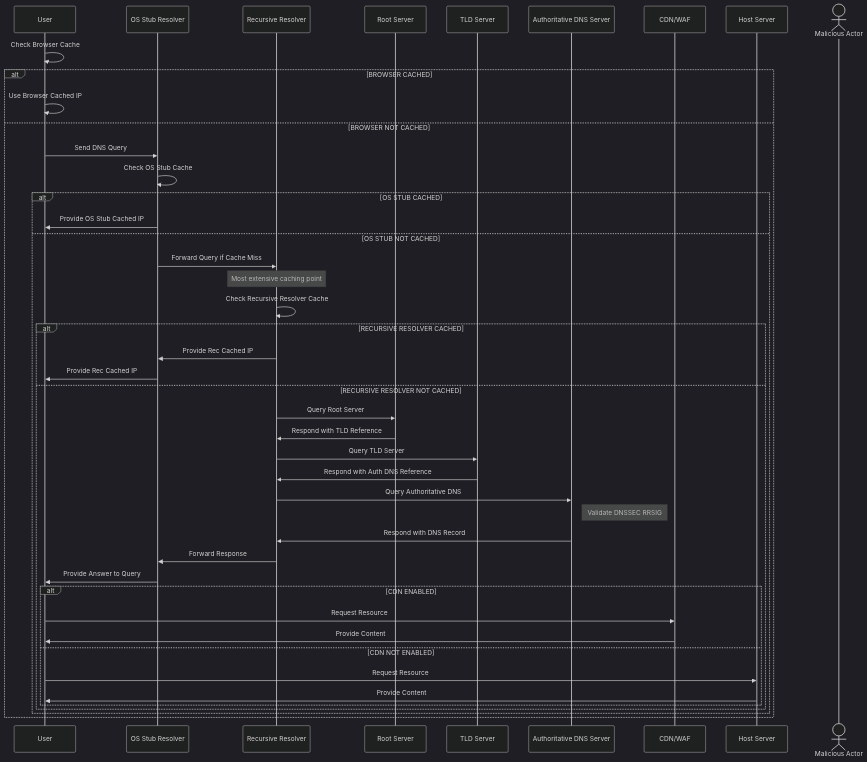
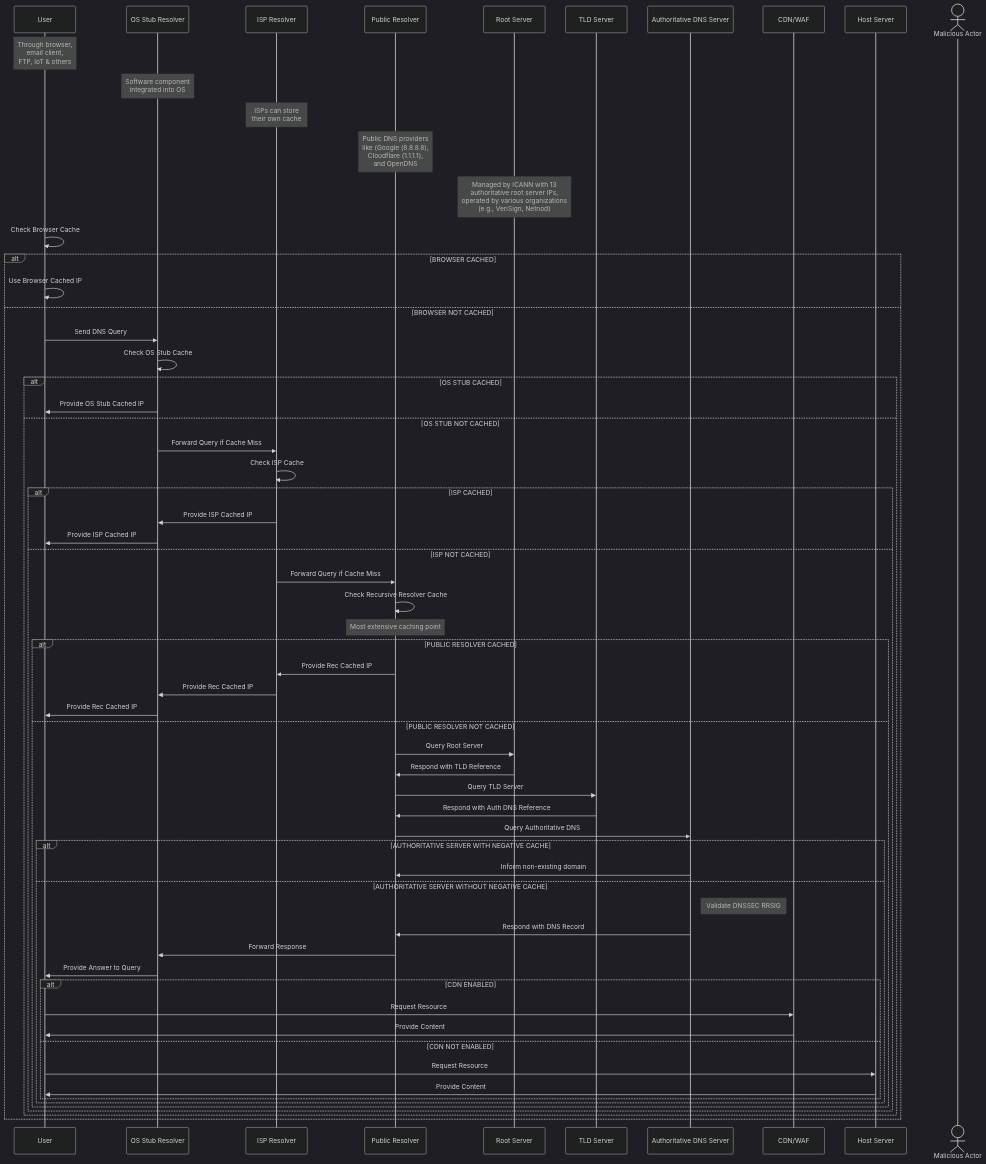
The diagram in technical_version.mmd (lucianosarno/cybersec-dnssec), drawn with Mermaid (dark theme) before and after one commit. The commit also changed other lines of this file and 1 other file, not shown here.

```diff
--- a/technical_version.mmd
+++ b/technical_version.mmd
@@ -1,51 +1,66 @@
 sequenceDiagram
   participant User as User
   participant Stub as OS Stub Resolver
-  participant Rec as Recursive Resolver
+  participant ISP as ISP Resolver
+  participant Rec as Public Resolver
   participant Root as Root Server
   participant TLD as TLD Server
   participant Auth as Authoritative DNS Server
   participant CDN as CDN/WAF
   participant Host as Host Server
   actor MA as Malicious Actor
 
-%%  Note over User: Through browser,<br>email client,<br>FTP, IoT & others
-%%  Note over Stub: Software component<br>integrated into OS
-%%  Note over Rec: Data centers owned by<br>ISPs, public DNS providers<br>(Google (8.8.8.8),<br>Cloudflare (1.1.1.1),<br>and OpenDNS
-%%  Note over Root: Managed by ICANN with 13<br>authoritative root server IPs,<br>operated by various organizations<br>(e.g., VeriSign, Netnod)
+  Note over User: Through browser,<br>email client,<br>FTP, IoT & others
+  Note over Stub: Software component<br>integrated into OS
+  Note over ISP: ISPs can store<br>their own cache
+  Note over Rec: Public DNS providers<br>like (Google (8.8.8.8),<br>Cloudflare (1.1.1.1),<br>and OpenDNS
+  Note over Root: Managed by ICANN with 13<br>authoritative root server IPs,<br>operated by various organizations<br>(e.g., VeriSign, Netnod)
 
   User->>User: Check Browser Cache
   alt BROWSER CACHED
     User->>User: Use Browser Cached IP
   else BROWSER NOT CACHED
     User->>Stub: Send DNS Query
     Stub->>Stub: Check OS Stub Cache
     alt OS STUB CACHED
       Stub->>User: Provide OS Stub Cached IP
     else OS STUB NOT CACHED
-      Stub->>Rec: Forward Query if Cache Miss
-      Note over Rec: Most extensive caching point
-      Rec->>Rec: Check Recursive Resolver Cache
-      alt RECURSIVE RESOLVER CACHED
-        Rec->>Stub: Provide Rec Cached IP
-        Stub->>User: Provide Rec Cached IP
-      else RECURSIVE RESOLVER NOT CACHED
-        Rec->>Root: Query Root Server
-        Root->>Rec: Respond with TLD Reference
-        Rec->>TLD: Query TLD Server
-        TLD->>Rec: Respond with Auth DNS Reference
-        Rec->>Auth: Query Authoritative DNS
-        Note right of Auth: Validate DNSSEC RRSIG
-        Auth->>Rec: Respond with DNS Record
-        Rec->>Stub: Forward Response
-        Stub->>User: Provide Answer to Query
-        alt CDN ENABLED
-          User->>CDN: Request Resource
-          CDN->>User: Provide Content
-        else CDN NOT ENABLED
-          User->>Host: Request Resource
-          Host->>User: Provide Content
+      Stub->>ISP: Forward Query if Cache Miss
+      ISP->>ISP: Check ISP Cache
+      alt ISP CACHED
+        ISP->>Stub: Provide ISP Cached IP
+        Stub->>User: Provide ISP Cached IP
+      else ISP NOT CACHED
+        ISP->>Rec: Forward Query if Cache Miss
+        Rec->>Rec: Check Recursive Resolver Cache
+        Note over Rec,Rec: Most extensive caching point
+        
+        alt PUBLIC RESOLVER CACHED
+          Rec->>ISP: Provide Rec Cached IP
+          ISP->>Stub: Provide Rec Cached IP
+          Stub->>User: Provide Rec Cached IP
+        else PUBLIC RESOLVER NOT CACHED
+          Rec->>Root: Query Root Server
+          Root->>Rec: Respond with TLD Reference
+          Rec->>TLD: Query TLD Server
+          TLD->>Rec: Respond with Auth DNS Reference
+          Rec->>Auth: Query Authoritative DNS
+          alt AUTHORITATIVE SERVER WITH NEGATIVE CACHE
+            Auth->>Rec: Inform non-existing domain
+          else AUTHORITATIVE SERVER WITHOUT NEGATIVE CACHE
+            Note right of Auth: Validate DNSSEC RRSIG
+            Auth->>Rec: Respond with DNS Record
+            Rec->>Stub: Forward Response
+            Stub->>User: Provide Answer to Query
+            alt CDN ENABLED
+              User->>CDN: Request Resource
+              CDN->>User: Provide Content
+            else CDN NOT ENABLED
+              User->>Host: Request Resource
+              Host->>User: Provide Content
+            end
+          end
         end
+      end
     end
   end
-end
```
